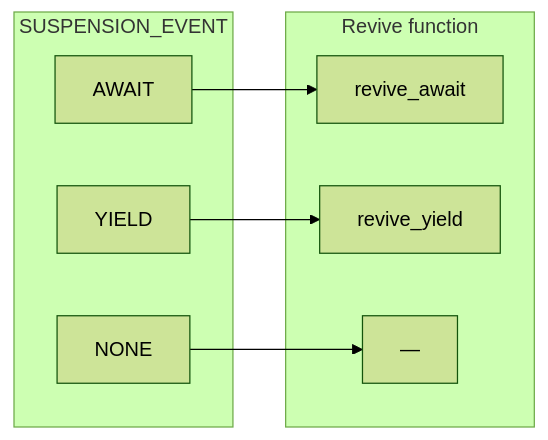
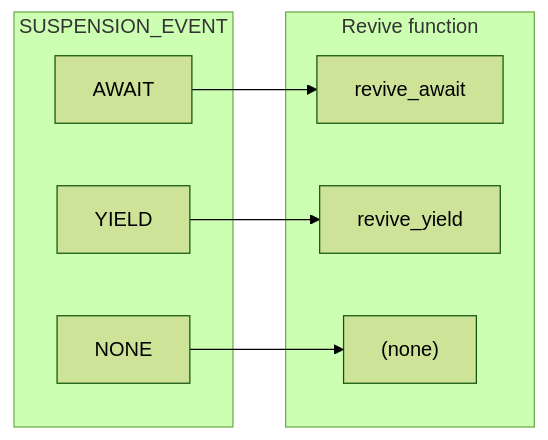
Before and after one commit to koskari-lang/koskari: diagram 12 of 12 in design/EVALUATOR.md, drawn with Mermaid (forest theme). The commit also changed other lines of this file, not shown here.

First line of the commit message:
Repair the opcode-signaling diagram and drop em dashes from the rollup

````diff
--- a/design/EVALUATOR.md
+++ b/design/EVALUATOR.md
@@ -1272,16 +1272,16 @@
 ```mermaid
 flowchart LR
     subgraph events["SUSPENSION_EVENT"]
         AWAIT
         YIELD
         NONE
     end
     subgraph revives["Revive function"]
         revive_await["revive_await"]
         revive_yield["revive_yield"]
-        no_revive["—"]
+        no_revive["(none)"]
     end
     AWAIT --> revive_await
     YIELD --> revive_yield
     NONE --> no_revive
 ```
````
